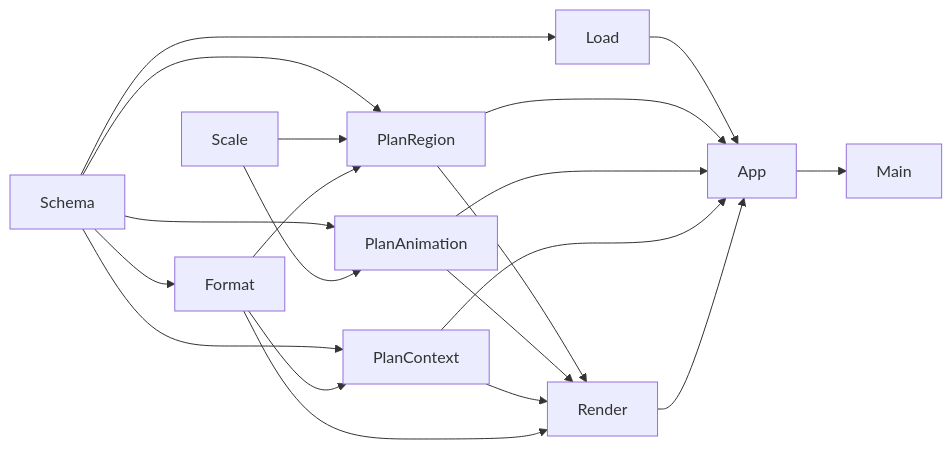
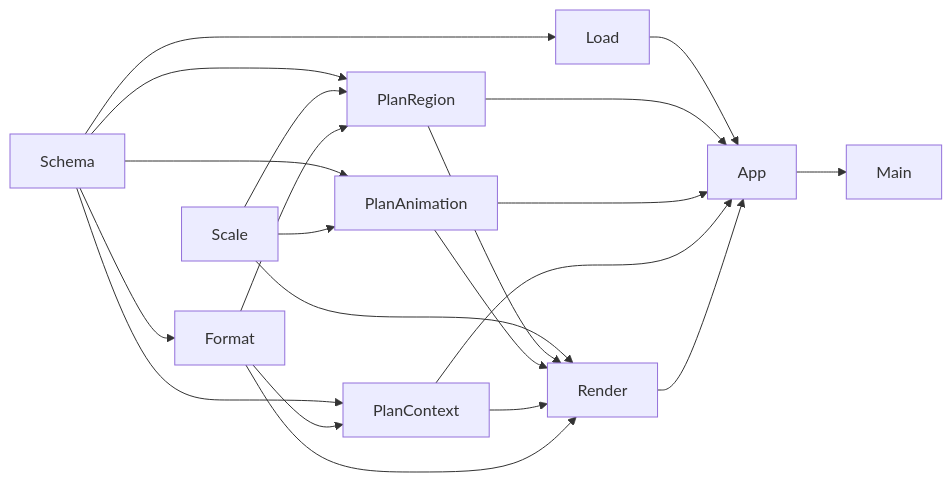
The second of 4 diagrams in .kiro/specs/simulator-visualization/design.md (f18c052f/smart-trashbox-tribute), drawn with Mermaid before and after one commit. The commit also changed other lines of this file and 5 other files, not shown here.

First line of the commit message:
feat(simulator-visualization): プランをベクタ図と表へ写す描画層を実装する

````diff
--- a/.kiro/specs/simulator-visualization/design.md
+++ b/.kiro/specs/simulator-visualization/design.md
@@ -154,22 +154,23 @@
 ```mermaid
 graph LR
     Schema --> Format
     Schema --> Load
     Schema --> PlanRegion
     Schema --> PlanAnimation
     Schema --> PlanContext
     Scale --> PlanRegion
     Scale --> PlanAnimation
+    Scale --> Render
     Format --> PlanRegion
     Format --> PlanContext
     PlanRegion --> Render
     PlanAnimation --> Render
     PlanContext --> Render
     Format --> Render
     Load --> App
     PlanRegion --> App
     PlanAnimation --> App
     PlanContext --> App
     Render --> App
     App --> Main
 ```
````
